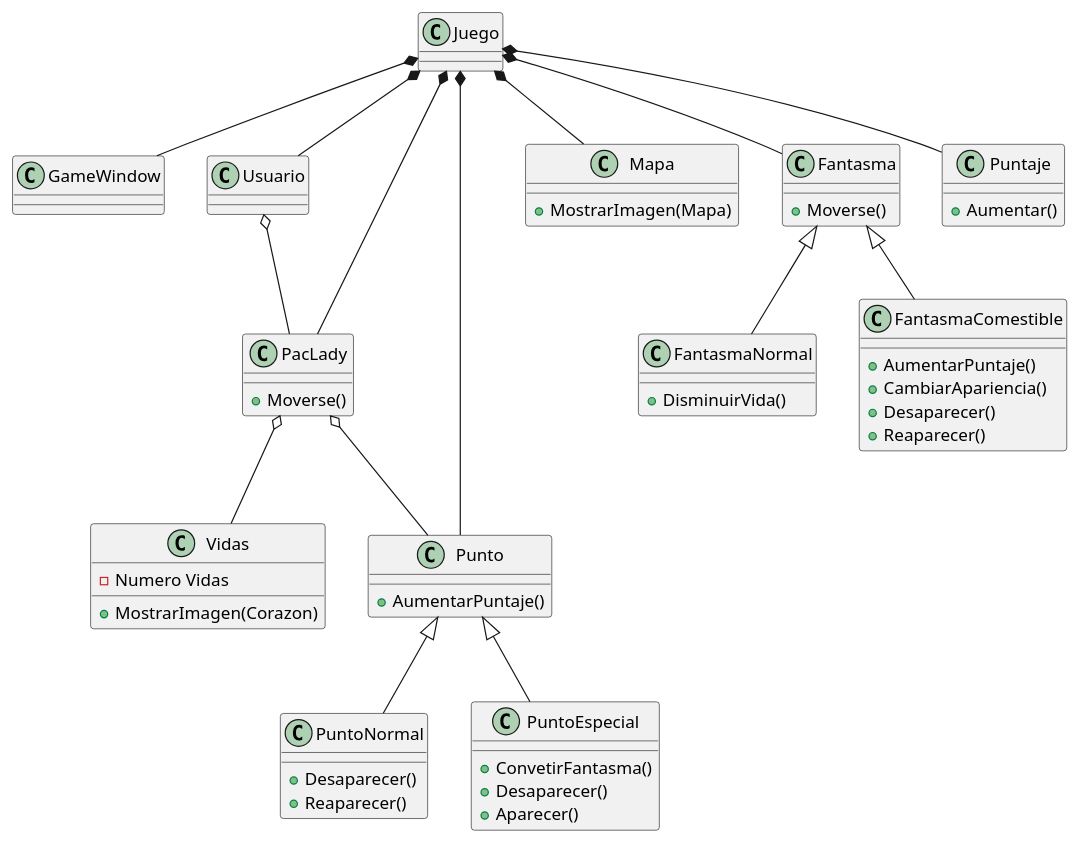
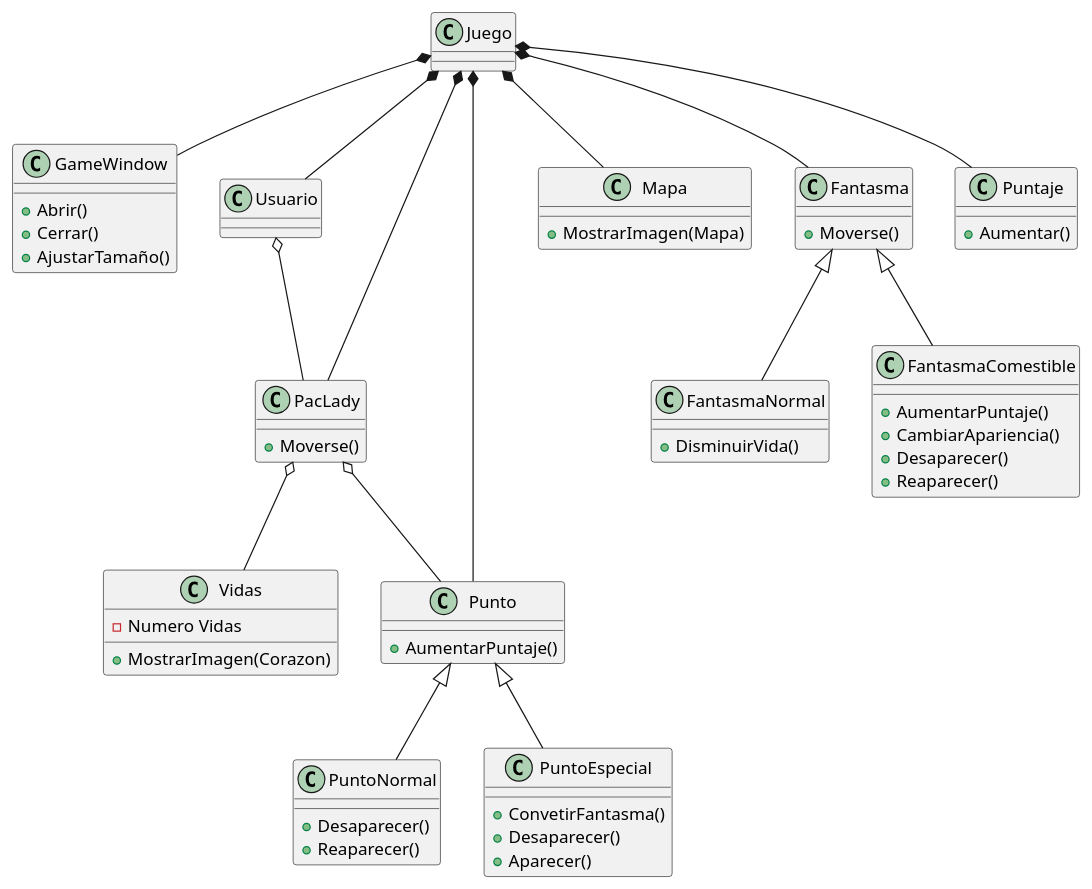
Before and after one commit to renata-olvera1/Pac-Lady: the diagram in docs/diagrama.puml, drawn with PlantUML. The commit also changed 5 other files, not shown here.

```diff
--- a/docs/diagrama.puml
+++ b/docs/diagrama.puml
@@ -1,59 +1,63 @@
 @startuml diagrama
 
 class Juego
-class GameWindow
+class GameWindow{
+    +Abrir()
+    +Cerrar()
+    +AjustarTamaño()
+}
 class Usuario
 class PacLady{
     +Moverse()
 }
 class Vidas{
     -Numero Vidas
     + MostrarImagen(Corazon)
 }
 class Punto{
     +AumentarPuntaje()
 }
 class PuntoNormal{
     +Desaparecer()
     +Reaparecer()
 }
 class PuntoEspecial{
     +ConvetirFantasma()
     +Desaparecer()
     +Aparecer()
 }
 class Mapa{
     +MostrarImagen(Mapa)
 }
 class Fantasma{
     +Moverse()
 }
 class FantasmaNormal{
     +DisminuirVida()
 }
 class FantasmaComestible{
     +AumentarPuntaje()
     +CambiarApariencia()
     +Desaparecer()
     +Reaparecer()
 }
 class Puntaje{
     +Aumentar()
 }
 
 Juego *-- Usuario
 Juego *-- GameWindow
 Juego *-- Puntaje
 Juego *-- PacLady
 Juego *-- Punto
 Juego *-- Mapa
 Punto <|-- PuntoNormal 
 Punto <|-- PuntoEspecial
 Juego *-- Fantasma
 Fantasma <|-- FantasmaComestible
 Fantasma <|-- FantasmaNormal
 Usuario o-- PacLady
 PacLady o-- Punto
 PacLady o-- Vidas
 
 @enduml
```
